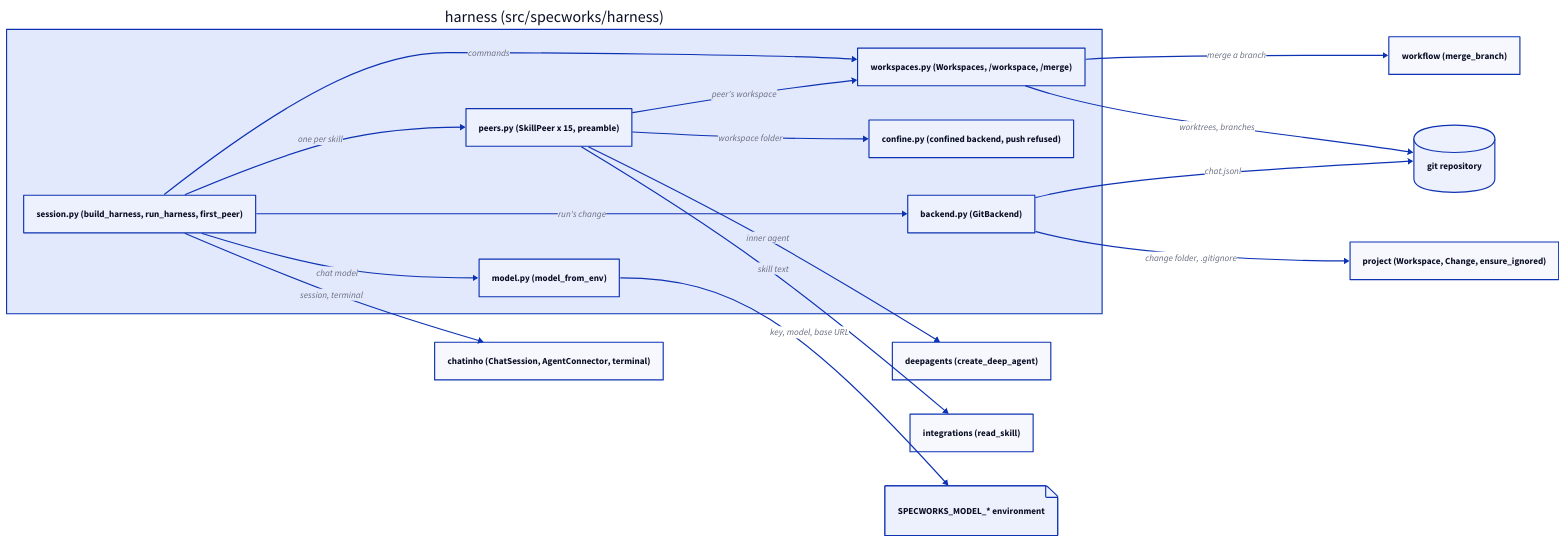
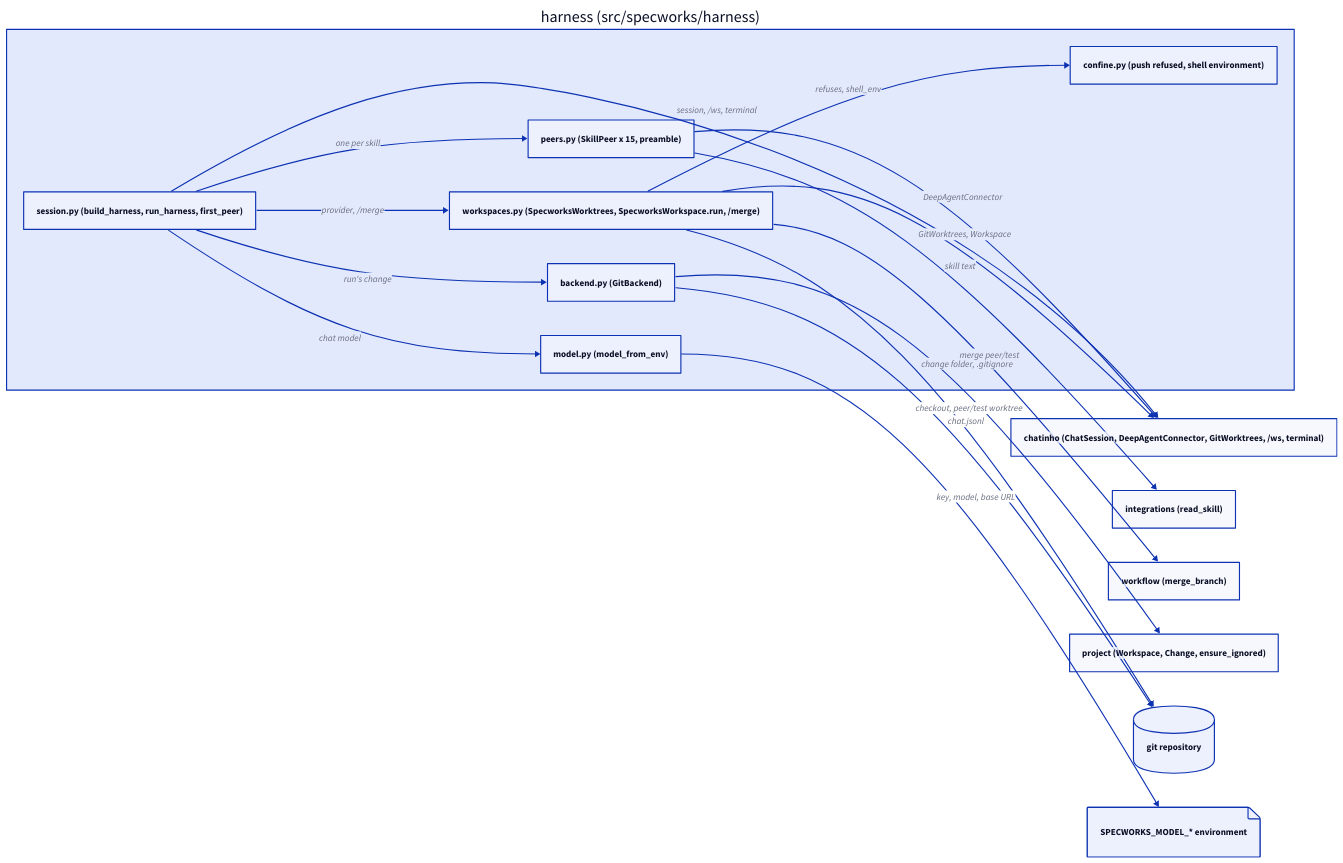
Before and after one commit to lcmonteiro/specworks: the diagram in .specworks/changes/active/add-chatinho-harness/diagrams/harness-blocks.d2, drawn with D2. The commit also changed 4 other files, not shown here.

First line of the commit message:
add-chatinho-harness: specify

```diff
--- a/.specworks/changes/active/add-chatinho-harness/diagrams/harness-blocks.d2
+++ b/.specworks/changes/active/add-chatinho-harness/diagrams/harness-blocks.d2
@@ -1,38 +1,37 @@
 direction: right
 
 harness: harness (src/specworks/harness) {
   session: "session.py (build_harness, run_harness, first_peer)"
   peers: "peers.py (SkillPeer x 15, preamble)"
-  workspaces: "workspaces.py (Workspaces, /workspace, /merge)"
-  confine: "confine.py (confined backend, push refused)"
+  workspaces: "workspaces.py (SpecworksWorktrees, SpecworksWorkspace.run, /merge)"
+  confine: "confine.py (push refused, shell environment)"
   backend: "backend.py (GitBackend)"
   model: "model.py (model_from_env)"
 
   session -> peers: one per skill
   session -> backend: run's change
-  session -> workspaces: commands
+  session -> workspaces: provider, /merge
   session -> model: chat model
-  peers -> confine: workspace folder
-  peers -> workspaces: "peer's workspace"
+  workspaces -> confine: refuses, shell_env
 }
 
-chatinho: "chatinho (ChatSession, AgentConnector, terminal)"
-deepagents: "deepagents (create_deep_agent)"
+chatinho: "chatinho (ChatSession, DeepAgentConnector, GitWorktrees, /ws, terminal)"
 integrations: "integrations (read_skill)"
 workflow: "workflow (merge_branch)"
 project: "project (Workspace, Change, ensure_ignored)"
 repo: git repository {
   shape: cylinder
 }
 env: "SPECWORKS_MODEL_* environment" {
   shape: page
 }
 
-harness.session -> chatinho: session, terminal
-harness.peers -> deepagents: inner agent
+harness.session -> chatinho: session, /ws, terminal
+harness.peers -> chatinho: DeepAgentConnector
+harness.workspaces -> chatinho: GitWorktrees, Workspace
 harness.peers -> integrations: skill text
-harness.workspaces -> workflow: merge a branch
-harness.workspaces -> repo: worktrees, branches
+harness.workspaces -> workflow: merge peer/test
+harness.workspaces -> repo: "checkout, peer/test worktree"
 harness.backend -> project: change folder, .gitignore
 harness.backend -> repo: chat.jsonl
 harness.model -> env: key, model, base URL
```
